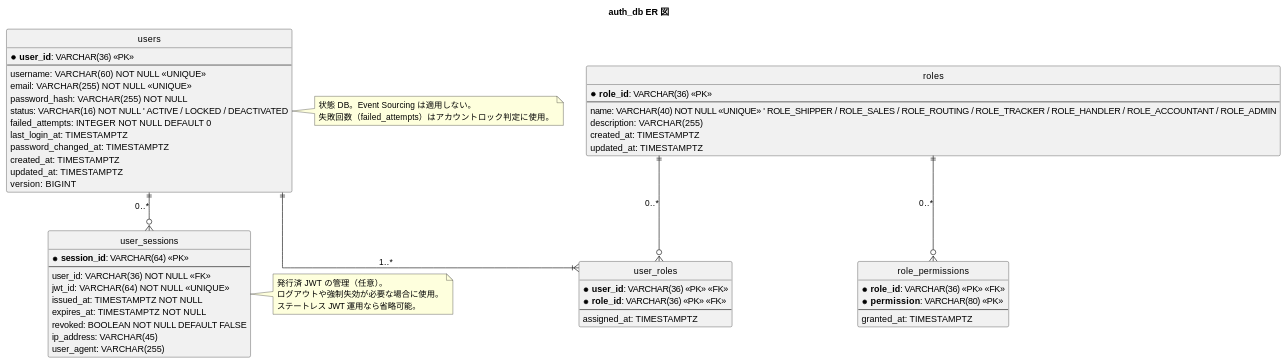
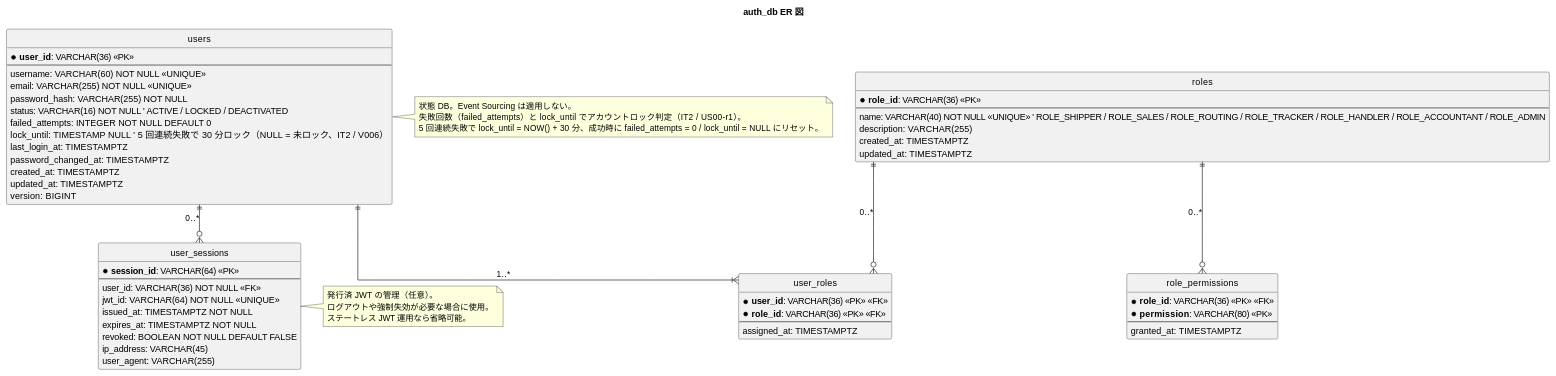
Before and after one commit to k2works/case-study-cargo-tracker: the eighth of 8 diagrams in docs/design/data-model.md, drawn with PlantUML. The commit also changed 3 other files, not shown here.

````diff
--- a/docs/design/data-model.md
+++ b/docs/design/data-model.md
@@ -744,74 +744,76 @@
 ```plantuml
 @startuml
 title auth_db ER 図
 
 hide circle
 skinparam linetype ortho
 
 entity "users" as u {
   * **user_id**: VARCHAR(36) <<PK>>
   --
   username: VARCHAR(60) NOT NULL <<UNIQUE>>
   email: VARCHAR(255) NOT NULL <<UNIQUE>>
   password_hash: VARCHAR(255) NOT NULL
   status: VARCHAR(16) NOT NULL ' ACTIVE / LOCKED / DEACTIVATED
   failed_attempts: INTEGER NOT NULL DEFAULT 0
+  lock_until: TIMESTAMP NULL  ' 5 回連続失敗で 30 分ロック（NULL = 未ロック、IT2 / V006）
   last_login_at: TIMESTAMPTZ
   password_changed_at: TIMESTAMPTZ
   created_at: TIMESTAMPTZ
   updated_at: TIMESTAMPTZ
   version: BIGINT
 }
 
 entity "roles" as r {
   * **role_id**: VARCHAR(36) <<PK>>
   --
   name: VARCHAR(40) NOT NULL <<UNIQUE>> ' ROLE_SHIPPER / ROLE_SALES / ROLE_ROUTING / ROLE_TRACKER / ROLE_HANDLER / ROLE_ACCOUNTANT / ROLE_ADMIN
   description: VARCHAR(255)
   created_at: TIMESTAMPTZ
   updated_at: TIMESTAMPTZ
 }
 
 entity "user_roles" as ur {
   * **user_id**: VARCHAR(36) <<PK>> <<FK>>
   * **role_id**: VARCHAR(36) <<PK>> <<FK>>
   --
   assigned_at: TIMESTAMPTZ
 }
 
 entity "role_permissions" as rp {
   * **role_id**: VARCHAR(36) <<PK>> <<FK>>
   * **permission**: VARCHAR(80) <<PK>>
   --
   granted_at: TIMESTAMPTZ
 }
 
 entity "user_sessions" as us {
   * **session_id**: VARCHAR(64) <<PK>>
   --
   user_id: VARCHAR(36) NOT NULL <<FK>>
   jwt_id: VARCHAR(64) NOT NULL <<UNIQUE>>
   issued_at: TIMESTAMPTZ NOT NULL
   expires_at: TIMESTAMPTZ NOT NULL
   revoked: BOOLEAN NOT NULL DEFAULT FALSE
   ip_address: VARCHAR(45)
   user_agent: VARCHAR(255)
 }
 
 u ||--|{ ur : "1..*"
 r ||--o{ ur : "0..*"
 r ||--o{ rp : "0..*"
 u ||--o{ us : "0..*"
 
 note right of u
   状態 DB。Event Sourcing は適用しない。
-  失敗回数（failed_attempts）はアカウントロック判定に使用。
+  失敗回数（failed_attempts）と lock_until でアカウントロック判定（IT2 / US00-r1）。
+  5 回連続失敗で lock_until = NOW() + 30 分、成功時に failed_attempts = 0 / lock_until = NULL にリセット。
 end note
 
 note right of us
   発行済 JWT の管理（任意）。
   ログアウトや強制失効が必要な場合に使用。
   ステートレス JWT 運用なら省略可能。
 end note
 @enduml
 ```
````
